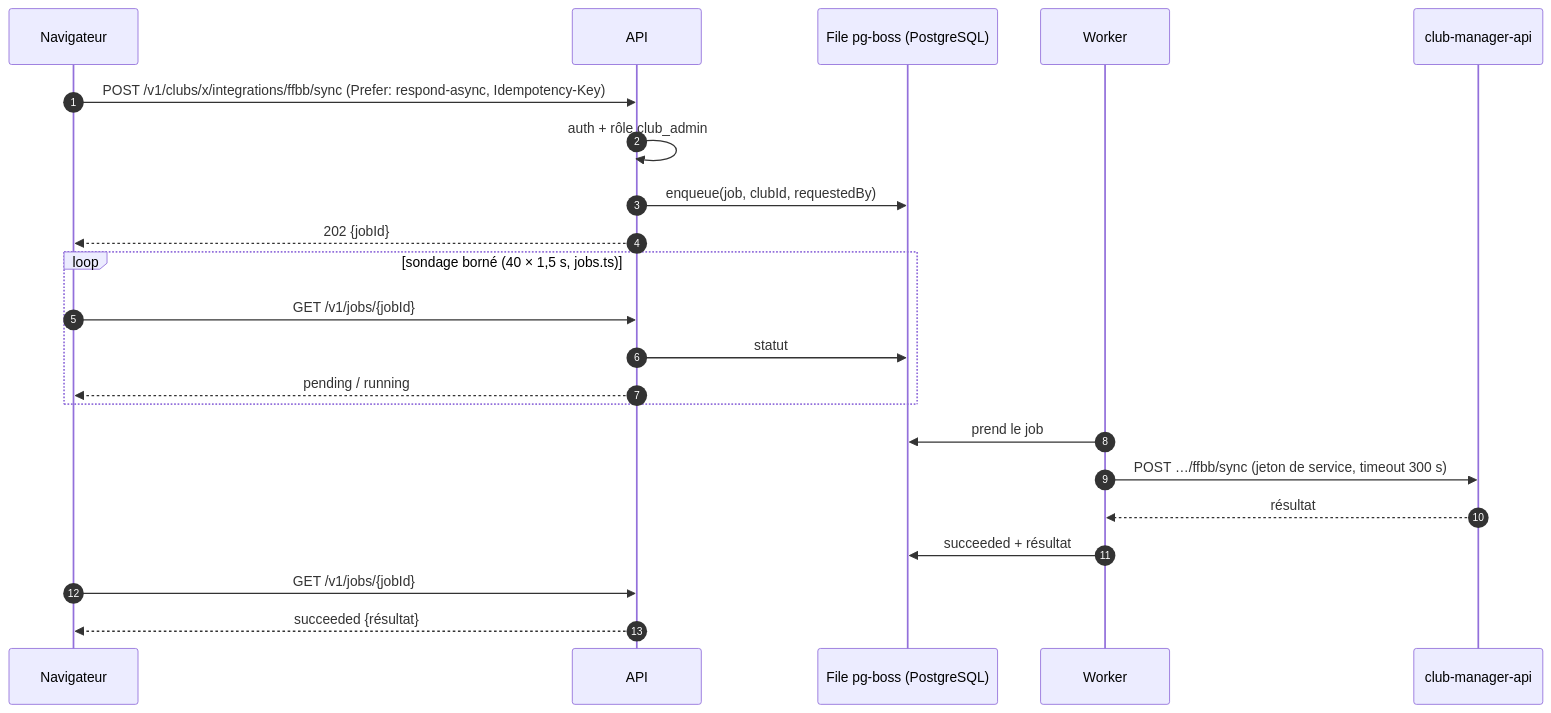
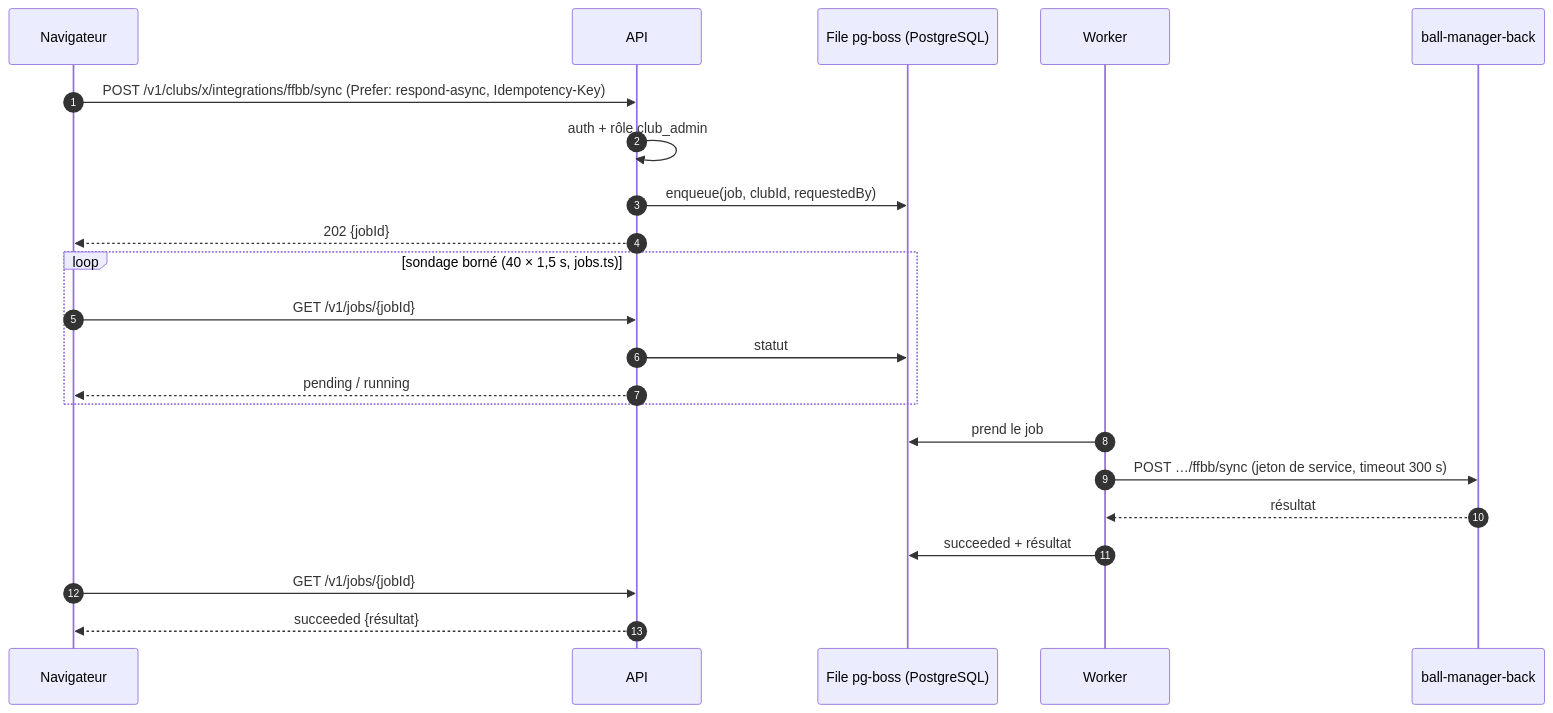
The fourth of 6 diagrams in docs/migration/05-architecture-cible.md (anisfut1/SCSB), drawn with Mermaid before and after one commit. The commit also changed other lines of this file and 125 other files, not shown here.

First line of the commit message:
chore: renommage SCSB → ball-manager-web, club-manager-api → ball-manager-back

````diff
--- a/docs/migration/05-architecture-cible.md
+++ b/docs/migration/05-architecture-cible.md
@@ -98,24 +98,24 @@
 ```mermaid
 sequenceDiagram
   autonumber
   participant B as Navigateur
   participant A as API
   participant Q as File pg-boss (PostgreSQL)
   participant W as Worker
-  participant L as club-manager-api
+  participant L as ball-manager-back
   B->>A: POST /v1/clubs/x/integrations/ffbb/sync (Prefer: respond-async, Idempotency-Key)
   A->>A: auth + rôle club_admin
   A->>Q: enqueue(job, clubId, requestedBy)
   A-->>B: 202 {jobId}
   loop sondage borné (40 × 1,5 s, jobs.ts)
     B->>A: GET /v1/jobs/{jobId}
     A->>Q: statut
     A-->>B: pending / running
   end
   W->>Q: prend le job
   W->>L: POST …/ffbb/sync (jeton de service, timeout 300 s)
   L-->>W: résultat
   W->>Q: succeeded + résultat
   B->>A: GET /v1/jobs/{jobId}
   A-->>B: succeeded {résultat}
 ```
````
